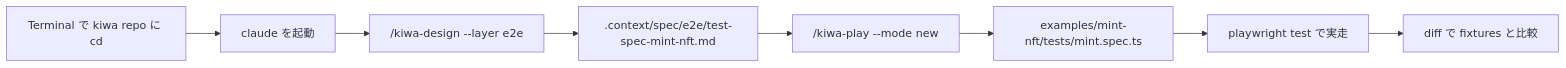
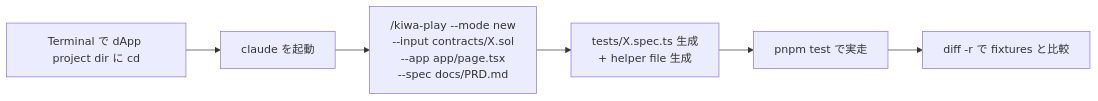
One commit to cardene777/kiwa changed the diagram in tests/docs/run-dapp-e2e-tests.ja.md. Above: the diagram before and after it, drawn with Mermaid. The commit also changed other lines of this file and 2 other files, not shown here.

First line of the commit message:
📝 docs(tests): run-*.ja.md を 「dApp dir で claude 起動 + skill が contract と仕様書を読む」 flow に修正 (#215)

````diff
--- a/tests/docs/run-dapp-e2e-tests.ja.md
+++ b/tests/docs/run-dapp-e2e-tests.ja.md
@@ -9,10 +9,8 @@
 ```mermaid
 graph LR
-    A[Terminal で kiwa repo に cd] --> B[claude を起動]
-    B --> C["/kiwa-design --layer e2e"]
-    C --> D[.context/spec/e2e/test-spec-mint-nft.md]
-    D --> E["/kiwa-play --mode new"]
-    E --> F[examples/mint-nft/tests/mint.spec.ts]
-    F --> G[playwright test で実走]
-    G --> H[diff で fixtures と比較]
+    A[Terminal で dApp project dir に cd] --> B[claude を起動]
+    B --> C["/kiwa-play --mode new<br/>--input contracts/X.sol<br/>--app app/page.tsx<br/>--spec docs/PRD.md"]
+    C --> D[tests/X.spec.ts 生成<br/>+ helper file 生成]
+    D --> E[pnpm test で実走]
+    E --> F[diff -r で fixtures と比較]
 ```
````
